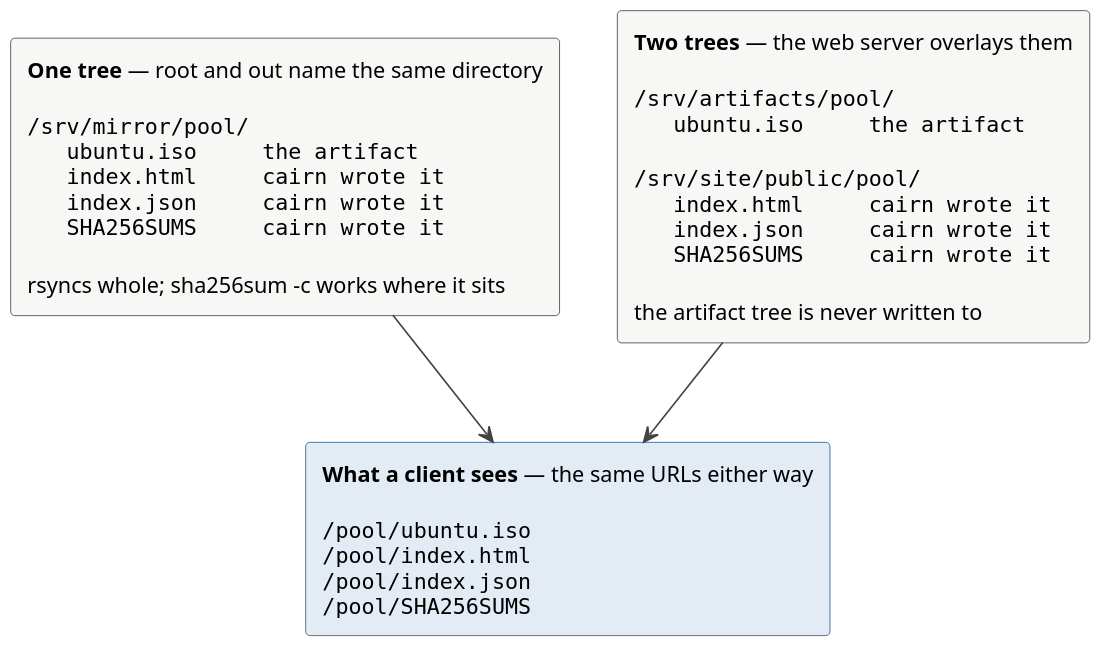
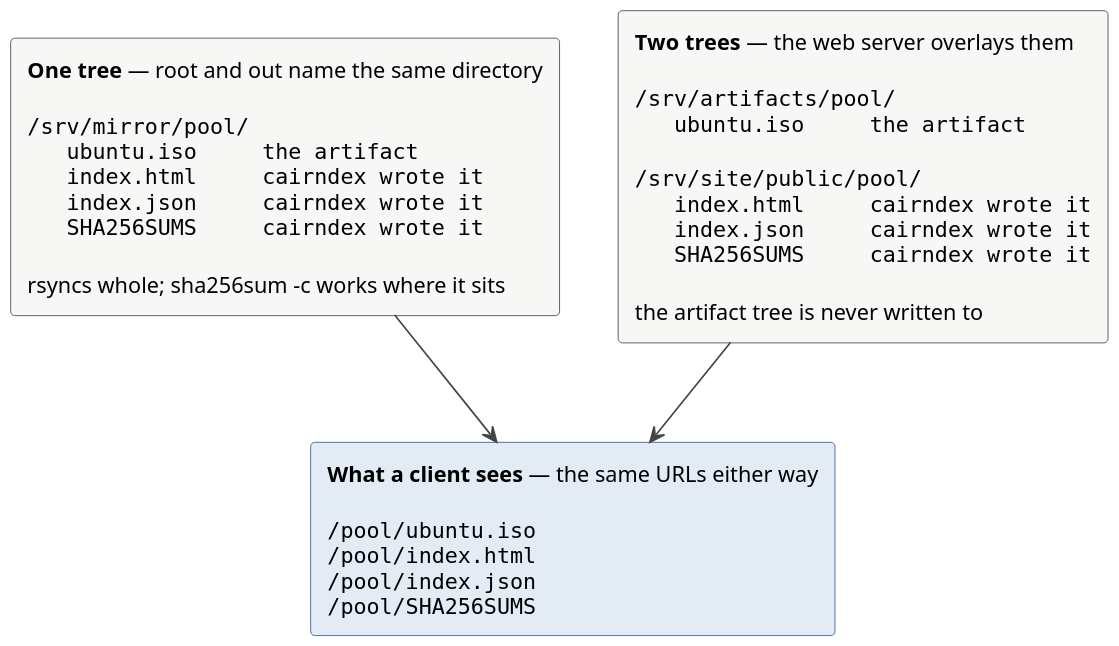
Before and after one commit to livingstaccato/cairn: the diagram in docs/diagrams/mirror-overlay.puml, drawn with PlantUML. The commit also changed 187 other files, not shown here.

```diff
--- a/docs/diagrams/mirror-overlay.puml
+++ b/docs/diagrams/mirror-overlay.puml
@@ -1,24 +1,24 @@
 @startuml
 ' SPDX-FileCopyrightText: Copyright (C) 2026 Tim Perkins
 ' SPDX-License-Identifier: MIT
 '
 ' Rendered to mirror-overlay.svg by 'make diagrams'. GitHub does not render
 ' PlantUML, so the SVG beside this file is what docs/deployment.md shows;
 ' regenerate it in the same commit as any edit here.
 skinparam backgroundColor #FFFFFF
 skinparam defaultFontName Helvetica
 skinparam defaultFontSize 13
 skinparam shadowing false
 skinparam dpi 160
 skinparam ArrowColor #444444
 skinparam ArrowFontSize 13
 
-rectangle "**One tree** — root and out name the same directory\n\n""/srv/mirror/pool/""\n""   ubuntu.iso     the artifact""\n""   index.html     cairn wrote it""\n""   index.json     cairn wrote it""\n""   SHA256SUMS     cairn wrote it""\n\nrsyncs whole; sha256sum -c works where it sits" as InPlace #F7F7F5;line:444444
+rectangle "**One tree** — root and out name the same directory\n\n""/srv/mirror/pool/""\n""   ubuntu.iso     the artifact""\n""   index.html     cairndex wrote it""\n""   index.json     cairndex wrote it""\n""   SHA256SUMS     cairndex wrote it""\n\nrsyncs whole; sha256sum -c works where it sits" as InPlace #F7F7F5;line:444444
 
-rectangle "**Two trees** — the web server overlays them\n\n""/srv/artifacts/pool/""\n""   ubuntu.iso     the artifact""\n\n""/srv/site/public/pool/""\n""   index.html     cairn wrote it""\n""   index.json     cairn wrote it""\n""   SHA256SUMS     cairn wrote it""\n\nthe artifact tree is never written to" as Split #F7F7F5;line:444444
+rectangle "**Two trees** — the web server overlays them\n\n""/srv/artifacts/pool/""\n""   ubuntu.iso     the artifact""\n\n""/srv/site/public/pool/""\n""   index.html     cairndex wrote it""\n""   index.json     cairndex wrote it""\n""   SHA256SUMS     cairndex wrote it""\n\nthe artifact tree is never written to" as Split #F7F7F5;line:444444
 
 rectangle "**What a client sees** — the same URLs either way\n\n""/pool/ubuntu.iso""\n""/pool/index.html""\n""/pool/index.json""\n""/pool/SHA256SUMS""" as URLs #E3ECF5;line:2F5D8C
 
 InPlace --> URLs
 Split --> URLs
 @enduml
```
